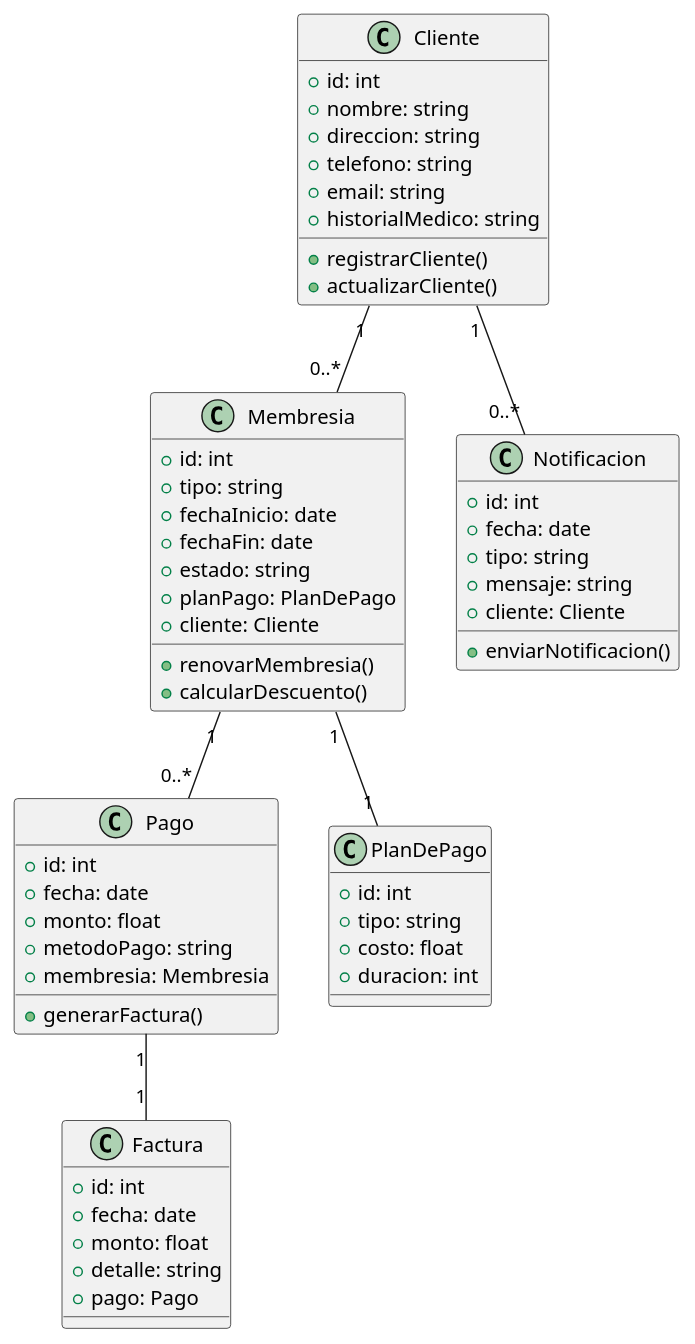
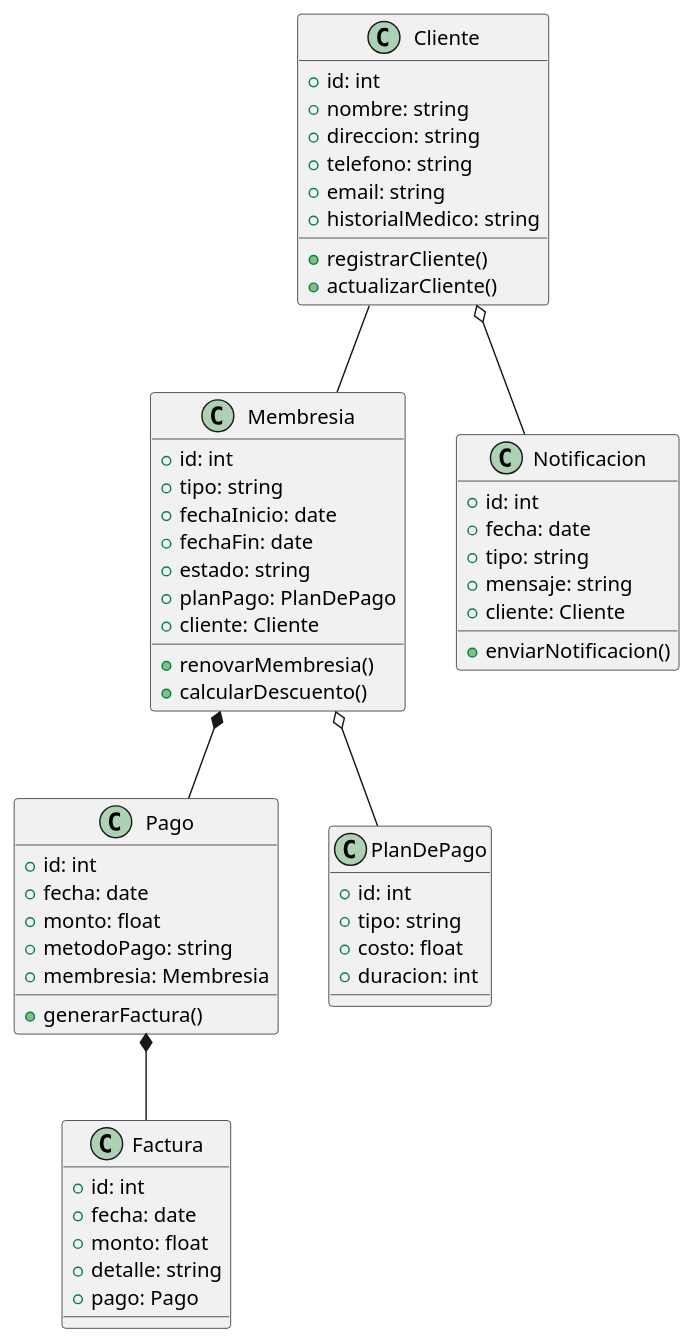
Before and after one commit to sparyock/ProyectoFinal: the diagram in Diagrmadeclases.wsd, drawn with PlantUML. The commit also changed 1 other file, not shown here.

```diff
--- a/Diagrmadeclases.wsd
+++ b/Diagrmadeclases.wsd
@@ -1,61 +1,65 @@
+@startuml
 class Cliente {
   + id: int
   + nombre: string
   + direccion: string
   + telefono: string
   + email: string
   + historialMedico: string
   + registrarCliente()
   + actualizarCliente()
 }
 
 class Membresia {
   + id: int
   + tipo: string
   + fechaInicio: date
   + fechaFin: date
   + estado: string
   + planPago: PlanDePago
   + cliente: Cliente
   + renovarMembresia()
   + calcularDescuento()
 }
 
 class Pago {
   + id: int
   + fecha: date
   + monto: float
   + metodoPago: string
   + membresia: Membresia
   + generarFactura()
 }
 
 class Factura {
   + id: int
   + fecha: date
   + monto: float
   + detalle: string
   + pago: Pago
 }
 
 class Notificacion {
   + id: int
   + fecha: date
   + tipo: string
   + mensaje: string
   + cliente: Cliente
   + enviarNotificacion()
 }
 
 class PlanDePago {
   + id: int
   + tipo: string
   + costo: float
   + duracion: int
 }
 
-Cliente "1" -- "0..*" Membresia
-Membresia "1" -- "0..*" Pago
-Pago "1" -- "1" Factura
-Cliente "1" -- "0..*" Notificacion
-Membresia "1" -- "1" PlanDePago
+' Relaciones entre las clases
+Cliente -- Membresia
+Membresia *-- Pago
+Pago *-- Factura
+Cliente o-- Notificacion
+Membresia o-- PlanDePago
+
+@enduml
```
